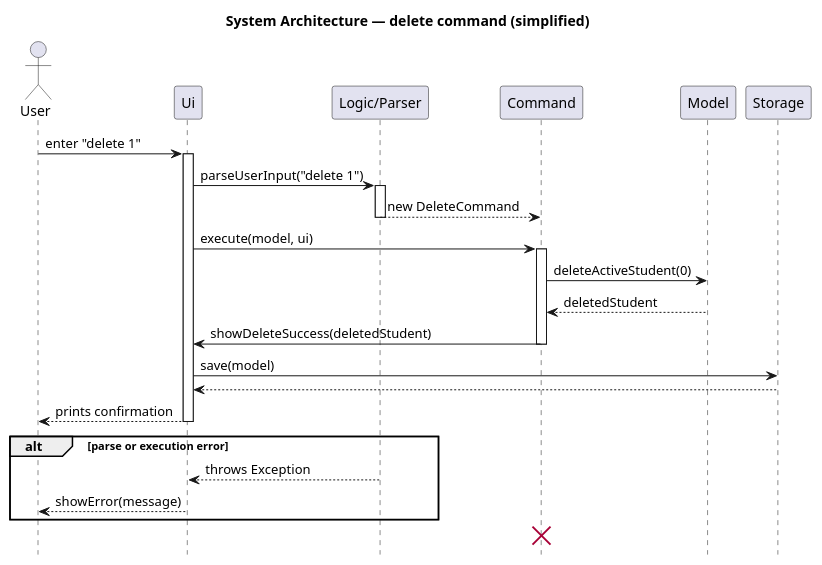
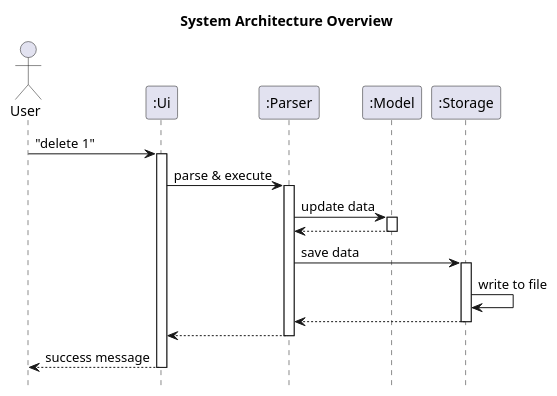
Before and after one commit to gabriel-550/tp: the diagram in docs/diagrams/ArchitectureSequenceDiagram.puml, drawn with PlantUML. The commit also changed 3 other files, not shown here.

Commit message:
Update existing sequence diagrams for DG

```diff
--- a/docs/diagrams/ArchitectureSequenceDiagram.puml
+++ b/docs/diagrams/ArchitectureSequenceDiagram.puml
@@ -1,41 +1,34 @@
 @startuml
 hide footbox
-title System Architecture — delete command (simplified)
+skinparam shadowing false
+title System Architecture Overview
 
 actor User
-participant "Ui" as UI
-participant "Logic/Parser" as LOGIC
-participant "Command" as CMD
-participant "Model" as MODEL
-participant "Storage" as ST
+participant ":Ui" as UI
+participant ":Parser" as LOGIC
+participant ":Model" as MODEL
+participant ":Storage" as ST
 
-User -> UI : enter "delete 1"
+User -> UI : "delete 1"
 activate UI
 
-UI -> LOGIC : parseUserInput("delete 1")
+UI -> LOGIC : parse & execute
 activate LOGIC
-LOGIC --> CMD : new DeleteCommand
+
+LOGIC -> MODEL : update data
+activate MODEL
+MODEL --> LOGIC
+deactivate MODEL
+
+LOGIC -> ST : save data
+activate ST
+ST -> ST : write to file
+ST --> LOGIC
+deactivate ST
+
+LOGIC --> UI
 deactivate LOGIC
 
-UI -> CMD : execute(model, ui)
-activate CMD
-
-CMD -> MODEL : deleteActiveStudent(0)
-MODEL --> CMD : deletedStudent
-
-CMD -> UI : showDeleteSuccess(deletedStudent)
-deactivate CMD
-
-UI -> ST : save(model)
-ST --> UI :
-
-UI --> User : prints confirmation
+UI --> User : success message
 deactivate UI
-
-alt parse or execution error
-    LOGIC --> UI : throws Exception
-    UI --> User : showError(message)
-end
-
-destroy CMD
 @enduml
```
